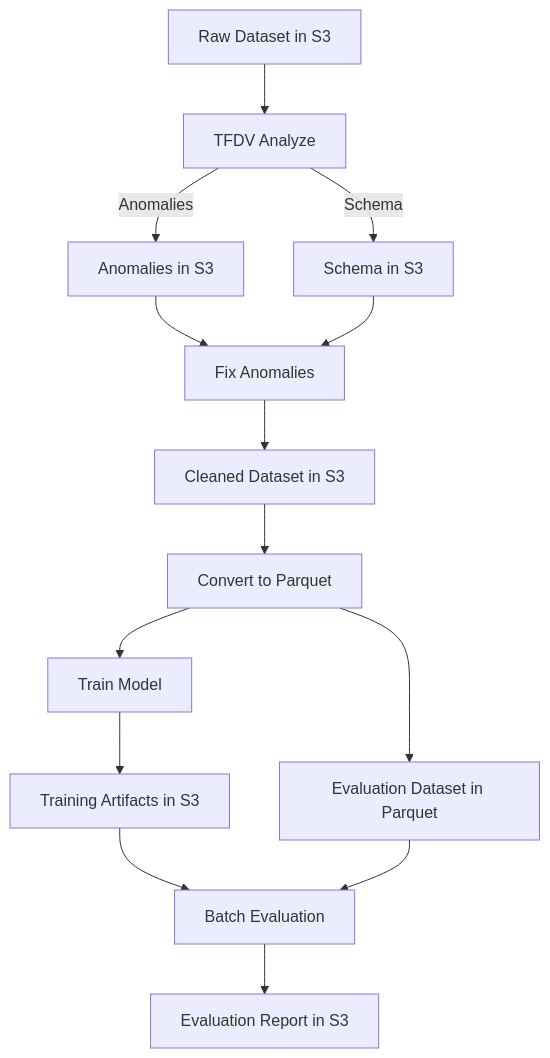
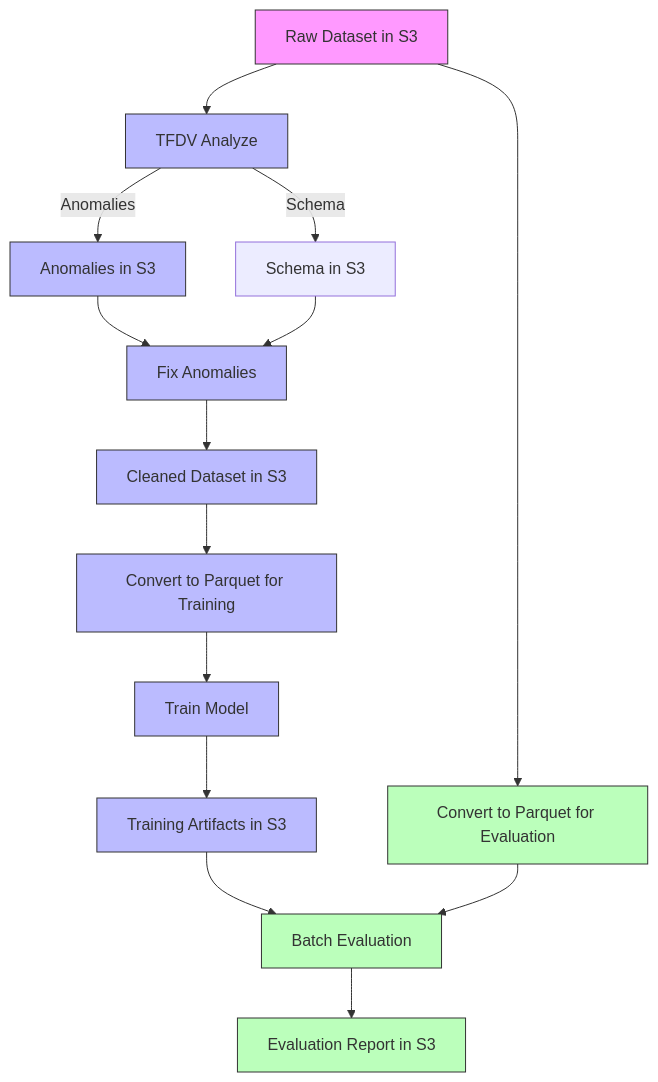
Before and after one commit to shrimanwar92/AI-ML: the diagram in training/cc-recommendation/README.md, drawn with Mermaid.

````diff
--- a/training/cc-recommendation/README.md
+++ b/training/cc-recommendation/README.md
@@ -49,16 +49,34 @@
 ```mermaid
 flowchart TD
+    %% Training path
     A[Raw Dataset in S3] --> B[TFDV Analyze]
     B -->|Schema| S[Schema in S3]
     B -->|Anomalies| C[Anomalies in S3]
     C --> D[Fix Anomalies]
     S --> D
     D --> E[Cleaned Dataset in S3]
-    E --> F[Convert to Parquet]
+    E --> F[Convert to Parquet for Training]
     F --> G[Train Model]
     G --> H[Training Artifacts in S3]
-    F --> I[Evaluation Dataset in Parquet]
+    
+    %% Evaluation path
+    A --> R[Convert to Parquet for Evaluation]
     H --> J[Batch Evaluation]
-    I --> J
+    R --> J
     J --> K[Evaluation Report in S3]
+
+    %% Styling
+    style A fill:#f9f,stroke:#333,stroke-width:1px
+    style B fill:#bbf,stroke:#333,stroke-width:1px
+    style C fill:#bbf,stroke:#333,stroke-width:1px
+    style D fill:#bbf,stroke:#333,stroke-width:1px
+    style E fill:#bbf,stroke:#333,stroke-width:1px
+    style F fill:#bbf,stroke:#333,stroke-width:1px
+    style G fill:#bbf,stroke:#333,stroke-width:1px
+    style H fill:#bbf,stroke:#333,stroke-width:1px
+
+    style R fill:#bfb,stroke:#333,stroke-width:1px
+    style J fill:#bfb,stroke:#333,stroke-width:1px
+    style K fill:#bfb,stroke:#333,stroke-width:1px
+
 ```
````
